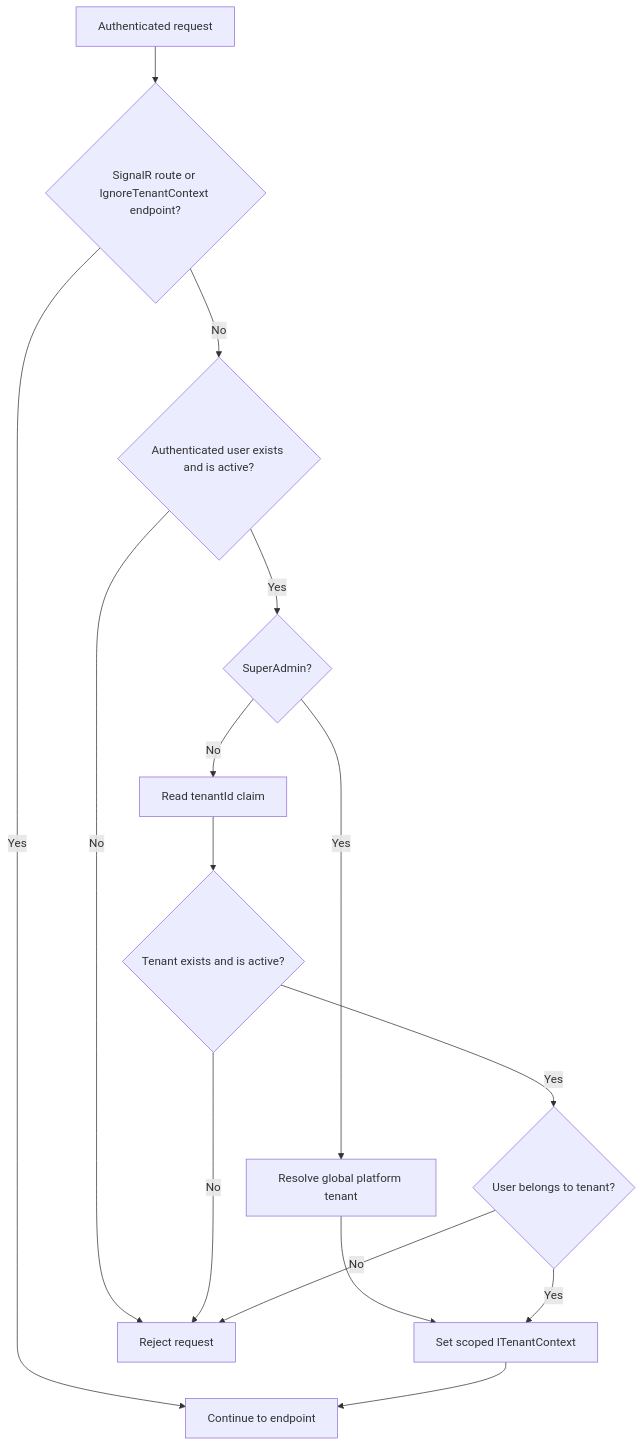
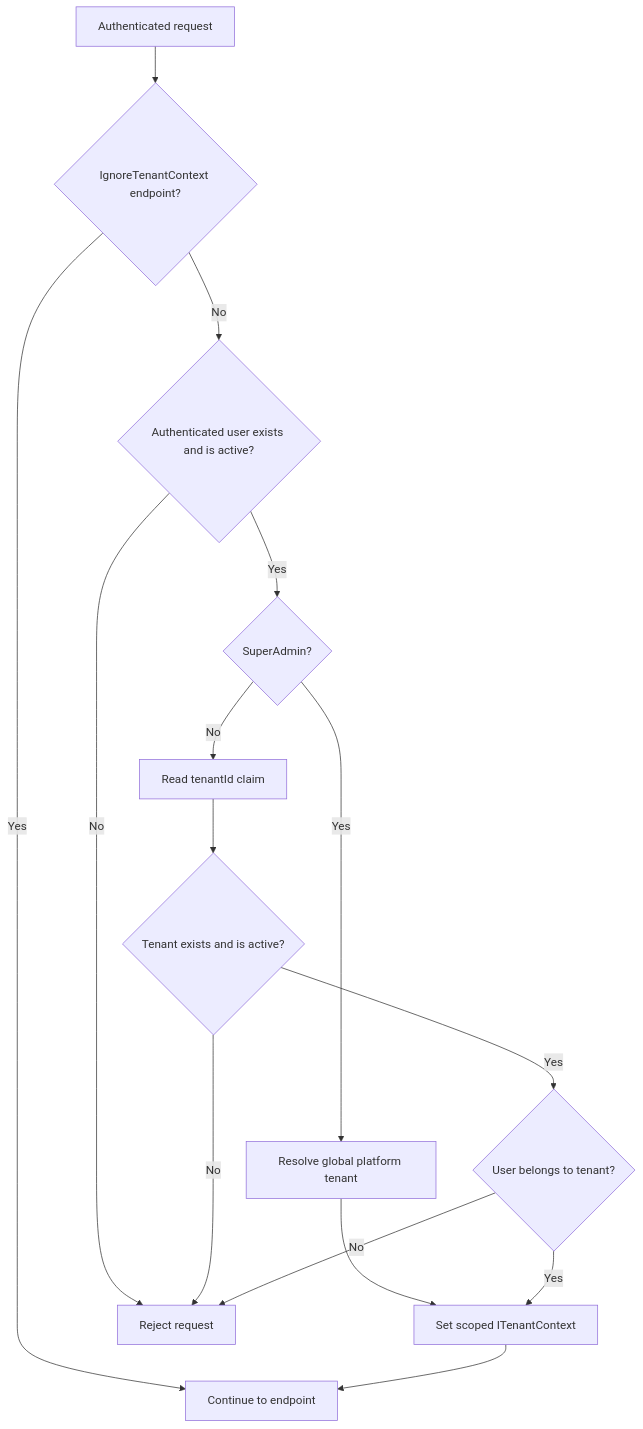
The fifth of 7 diagrams in README.md (RaghadHanon/Collabrium), drawn with Mermaid before and after one commit.

````diff
--- a/README.md
+++ b/README.md
@@ -419,26 +419,26 @@
 ```mermaid
 flowchart TD
     Request[Authenticated request]
-    Skip{SignalR route or IgnoreTenantContext endpoint?}
+    Skip{IgnoreTenantContext endpoint?}
     UserCheck{Authenticated user exists and is active?}
     Super{SuperAdmin?}
     Global[Resolve global platform tenant]
     Claim[Read tenantId claim]
     TenantCheck{Tenant exists and is active?}
     Membership{User belongs to tenant?}
     Context[Set scoped ITenantContext]
     Endpoint[Continue to endpoint]
     Reject[Reject request]
 
     Request --> Skip
     Skip -- Yes --> Endpoint
     Skip -- No --> UserCheck
     UserCheck -- No --> Reject
     UserCheck -- Yes --> Super
     Super -- Yes --> Global --> Context
     Super -- No --> Claim --> TenantCheck
     TenantCheck -- No --> Reject
     TenantCheck -- Yes --> Membership
     Membership -- No --> Reject
     Membership -- Yes --> Context --> Endpoint
 ```
````
